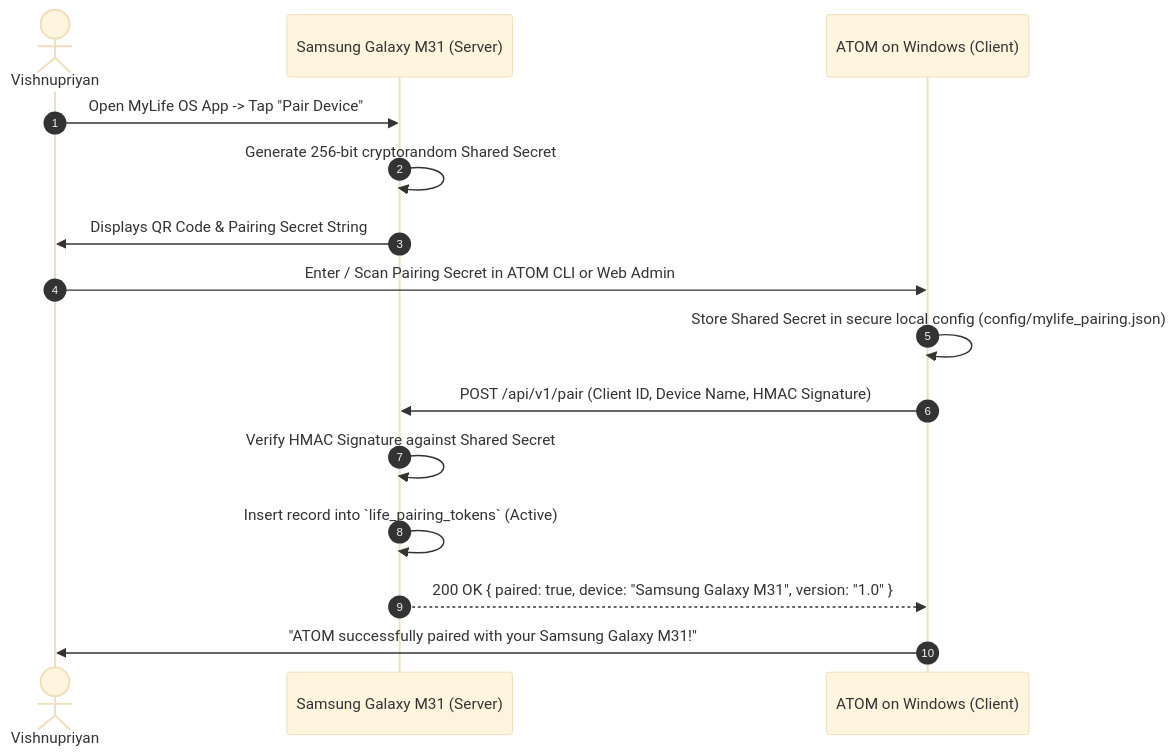
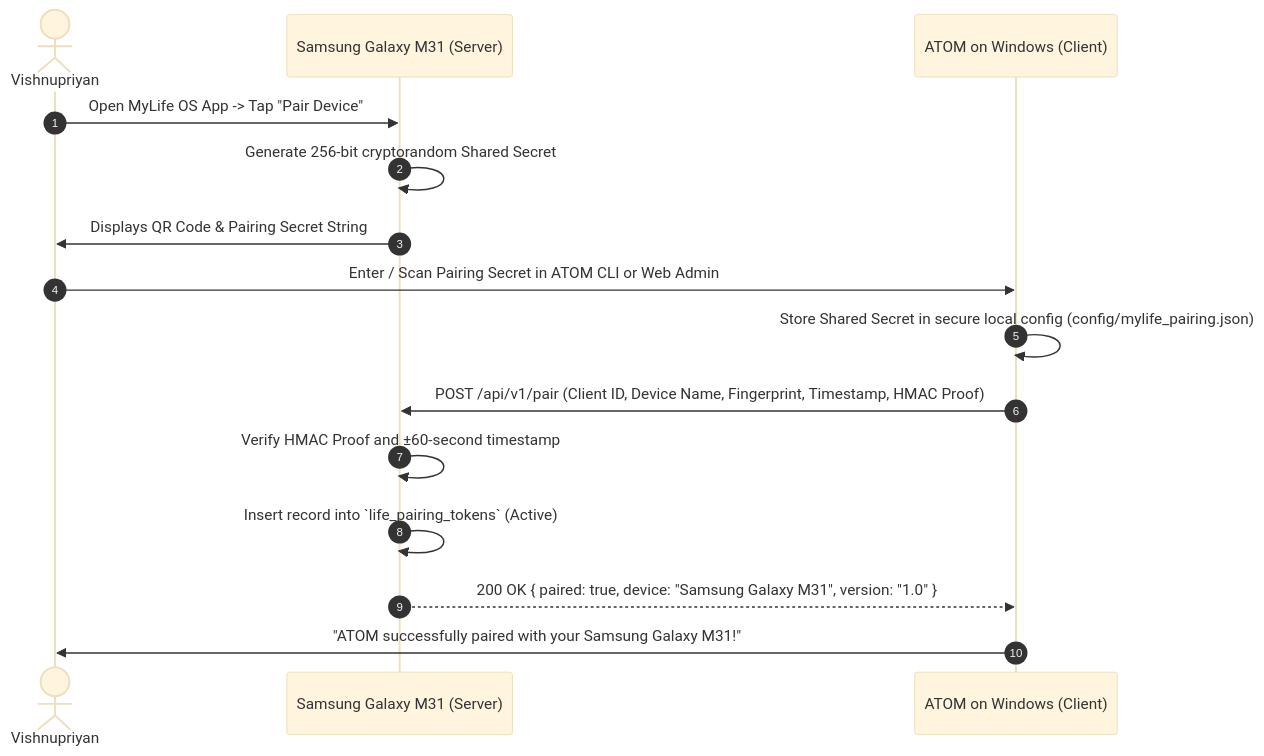
Before and after one commit to vishnupriyan0603-dev/Atom: the diagram in docs/MYLIFE_PAIRING_SECURITY_SPEC.md, drawn with Mermaid (base theme). The commit also changed other lines of this file and 72 other files, not shown here.

````diff
--- a/docs/MYLIFE_PAIRING_SECURITY_SPEC.md
+++ b/docs/MYLIFE_PAIRING_SECURITY_SPEC.md
@@ -28,18 +28,18 @@
 ```mermaid
 sequenceDiagram
     autonumber
     actor User as Vishnupriyan
     participant Phone as Samsung Galaxy M31 (Server)
     participant ATOM as ATOM on Windows (Client)
 
     User->>Phone: Open MyLife OS App -> Tap "Pair Device"
     Phone->>Phone: Generate 256-bit cryptorandom Shared Secret
     Phone->>User: Displays QR Code & Pairing Secret String
     User->>ATOM: Enter / Scan Pairing Secret in ATOM CLI or Web Admin
     ATOM->>ATOM: Store Shared Secret in secure local config (config/mylife_pairing.json)
-    ATOM->>Phone: POST /api/v1/pair (Client ID, Device Name, HMAC Signature)
-    Phone->>Phone: Verify HMAC Signature against Shared Secret
+    ATOM->>Phone: POST /api/v1/pair (Client ID, Device Name, Fingerprint, Timestamp, HMAC Proof)
+    Phone->>Phone: Verify HMAC Proof and ±60-second timestamp
     Phone->>Phone: Insert record into `life_pairing_tokens` (Active)
     Phone-->>ATOM: 200 OK { paired: true, device: "Samsung Galaxy M31", version: "1.0" }
     ATOM->>User: "ATOM successfully paired with your Samsung Galaxy M31!"
 ```
````
